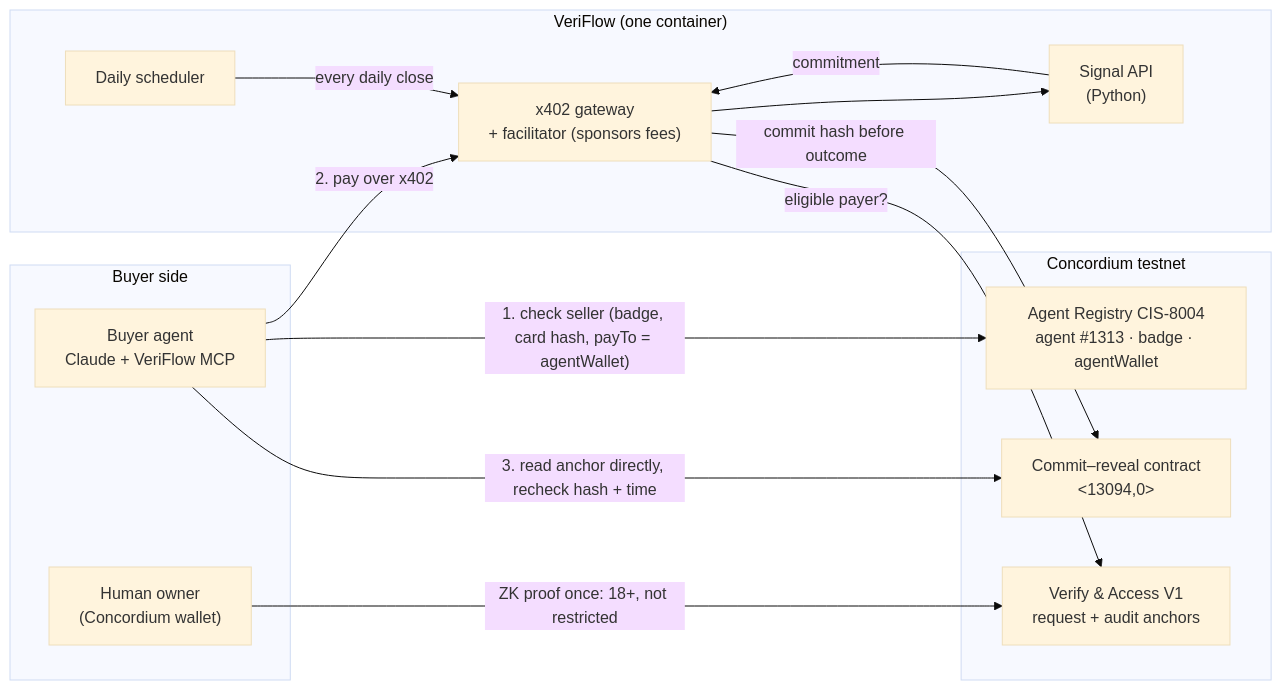
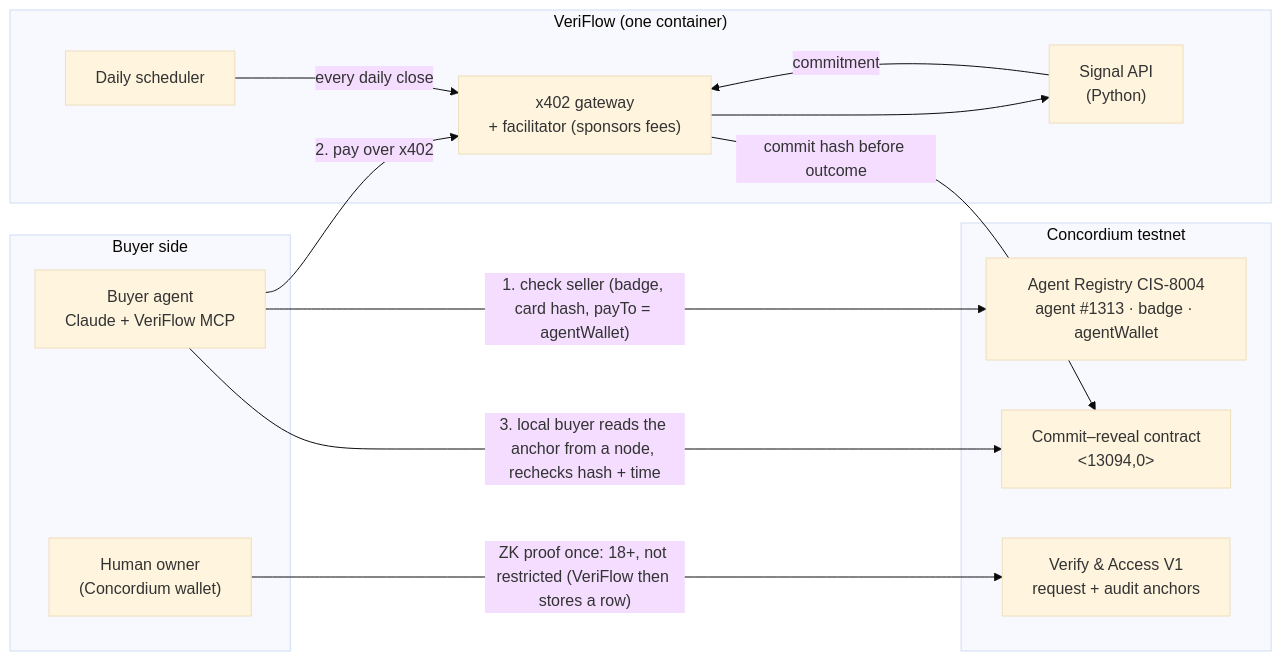
Before and after one commit to jiahaoc040-ai/veriflow: the first of 2 diagrams in README.md, drawn with Mermaid (base theme). The commit also changed other lines of this file and 4 other files, not shown here.

````diff
--- a/README.md
+++ b/README.md
@@ -38,26 +30,25 @@
 ```mermaid
 flowchart LR
   subgraph Buyer["Buyer side"]
     H["Human owner<br/>(Concordium wallet)"]
     A["Buyer agent<br/>Claude + VeriFlow MCP"]
   end
   subgraph Seller["VeriFlow (one container)"]
     G["x402 gateway<br/>+ facilitator (sponsors fees)"]
     P["Signal API<br/>(Python)"]
     D["Daily scheduler"]
   end
   subgraph Chain["Concordium testnet"]
     R["Agent Registry CIS-8004<br/>agent #1313 · badge · agentWallet"]
     C["Commit–reveal contract<br/>&lt;13094,0&gt;"]
     V["Verify & Access V1<br/>request + audit anchors"]
   end
-  H -- "ZK proof once: 18+, not restricted" --> V
+  H -- "ZK proof once: 18+, not restricted (VeriFlow then stores a row)" --> V
   A -- "1. check seller (badge, card hash, payTo = agentWallet)" --> R
   A -- "2. pay over x402" --> G
-  G -- "eligible payer?" --> V
   G --> P
   P -- "commitment" --> G
   G -- "commit hash before outcome" --> C
   D -- "every daily close" --> G
-  A -- "3. read anchor directly, recheck hash + time" --> C
+  A -- "3. local buyer reads the anchor from a node, rechecks hash + time" --> C
 ```
````
